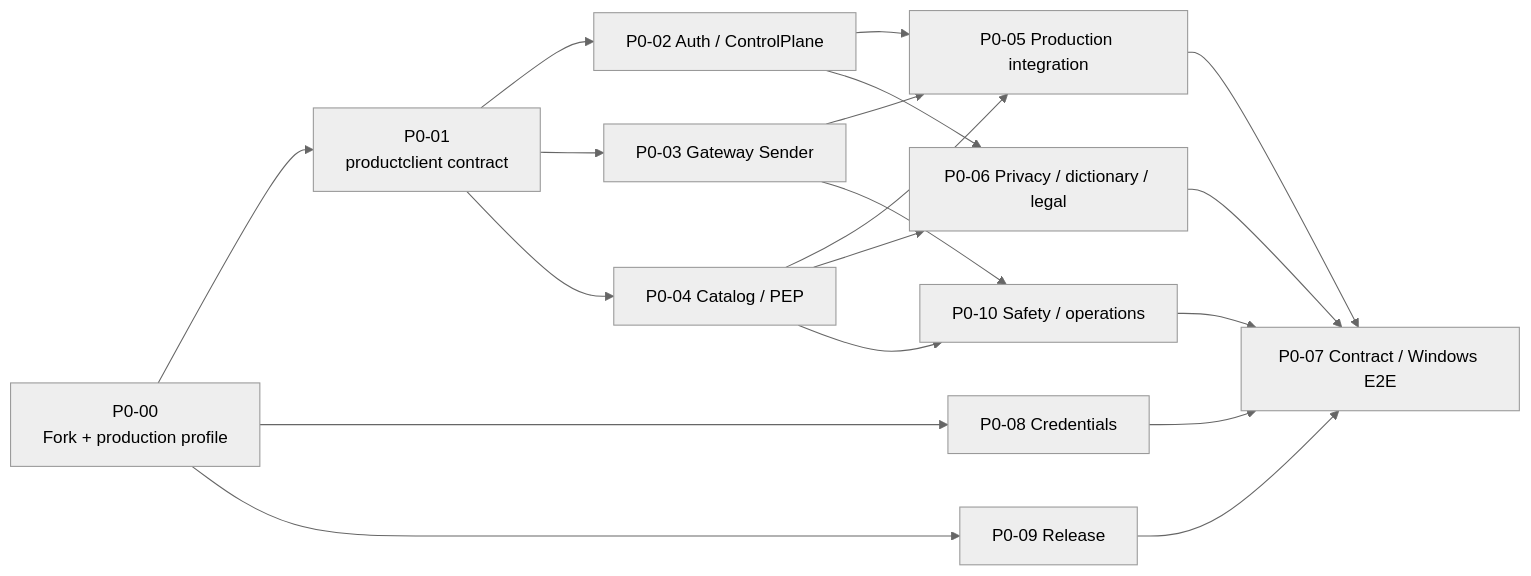
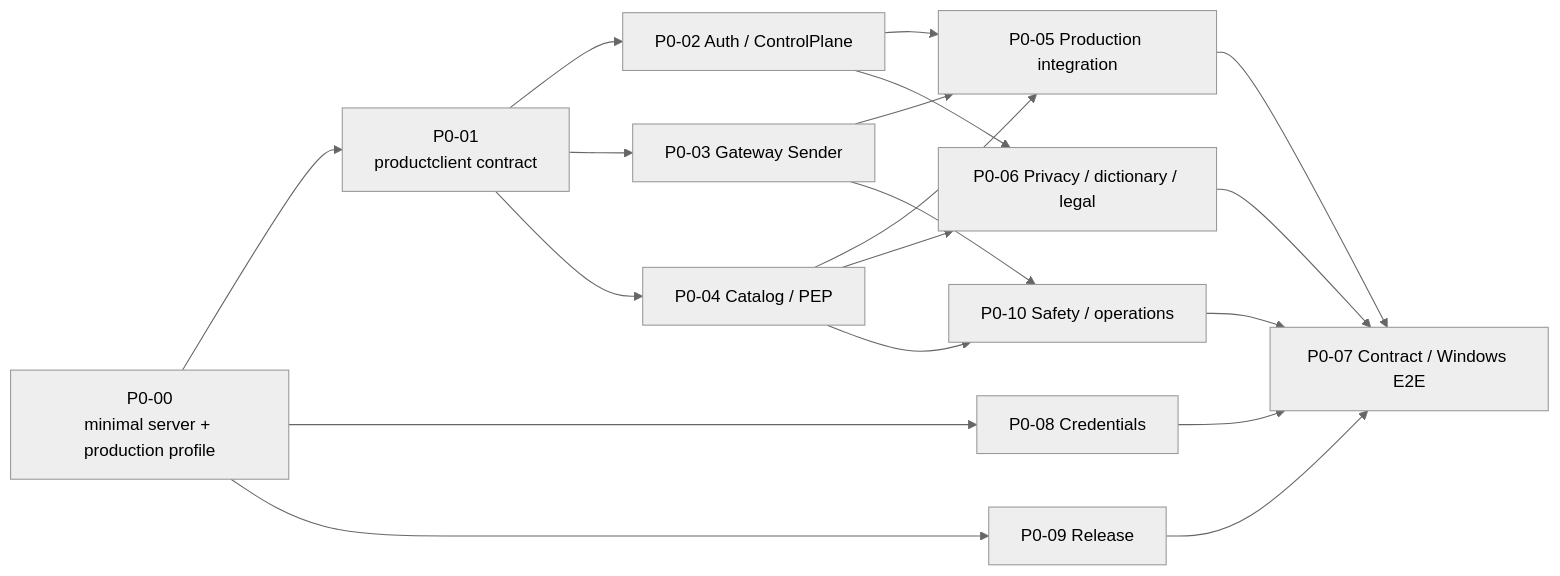
Before and after one commit to USDAble/buding-box-client: the second of 2 diagrams in dev-docs-usdable/需求/20260909/P0-正式服务与Agent演进/README.md, drawn with Mermaid (neutral theme). The commit also changed other lines of this file and 10 other files, not shown here.

````diff
--- a/dev-docs-usdable/需求/20260909/P0-正式服务与Agent演进/README.md
+++ b/dev-docs-usdable/需求/20260909/P0-正式服务与Agent演进/README.md
@@ -63,21 +63,21 @@
 ```mermaid
 flowchart LR
-    Z[P0-00<br/>Fork + production profile] --> A[P0-01<br/>productclient contract]
+    Z[P0-00<br/>minimal server + production profile] --> A[P0-01<br/>productclient contract]
     A --> B[P0-02 Auth / ControlPlane]
     A --> C[P0-03 Gateway Sender]
     A --> D[P0-04 Catalog / PEP]
     Z --> H[P0-08 Credentials]
     Z --> I[P0-09 Release]
     B --> E[P0-05 Production integration]
     C --> E
     D --> E
     B --> F[P0-06 Privacy / dictionary / legal]
     D --> F
     C --> J[P0-10 Safety / operations]
     D --> J
     E --> G[P0-07 Contract / Windows E2E]
     F --> G
     H --> G
     I --> G
     J --> G
 ```
````
